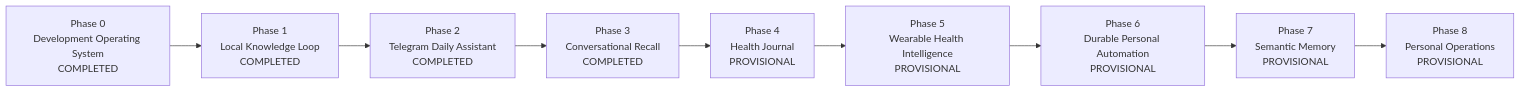
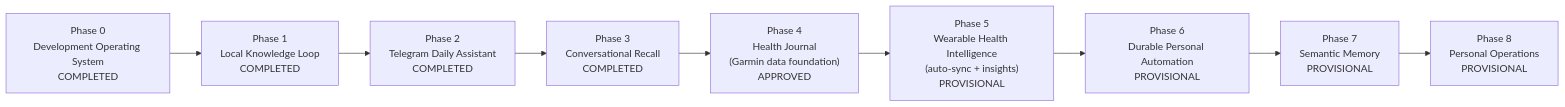
Before and after one commit to bo-ora/PAIOS: the diagram in docs/ROADMAP.md, drawn with Mermaid. The commit also changed other lines of this file and 2 other files, not shown here.

First line of the commit message:
docs: approve Phase 4 as the Garmin-driven health data foundation

````diff
--- a/docs/ROADMAP.md
+++ b/docs/ROADMAP.md
@@ -44,14 +58,14 @@
 ```mermaid
 flowchart LR
     P0["Phase 0<br/>Development Operating System<br/>COMPLETED"]
     P1["Phase 1<br/>Local Knowledge Loop<br/>COMPLETED"]
     P2["Phase 2<br/>Telegram Daily Assistant<br/>COMPLETED"]
     P3["Phase 3<br/>Conversational Recall<br/>COMPLETED"]
-    P4["Phase 4<br/>Health Journal<br/>PROVISIONAL"]
-    P5["Phase 5<br/>Wearable Health Intelligence<br/>PROVISIONAL"]
+    P4["Phase 4<br/>Health Journal<br/>(Garmin data foundation)<br/>APPROVED"]
+    P5["Phase 5<br/>Wearable Health Intelligence<br/>(auto-sync + insights)<br/>PROVISIONAL"]
     P6["Phase 6<br/>Durable Personal Automation<br/>PROVISIONAL"]
     P7["Phase 7<br/>Semantic Memory<br/>PROVISIONAL"]
     P8["Phase 8<br/>Personal Operations<br/>PROVISIONAL"]
 
     P0 --> P1 --> P2 --> P3 --> P4 --> P5 --> P6 --> P7 --> P8
 ```
````
